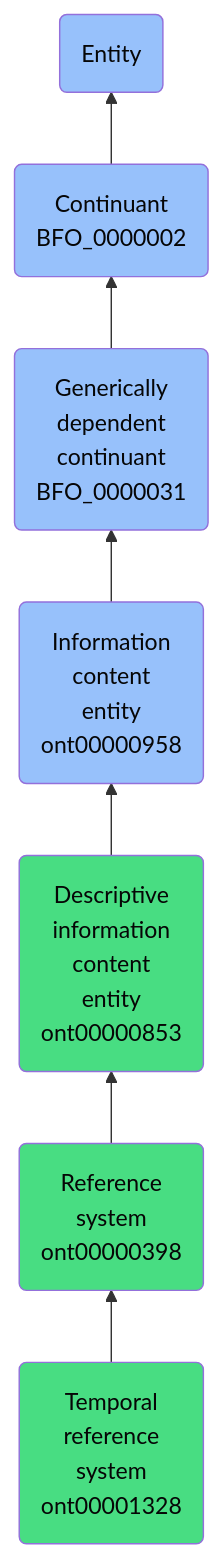
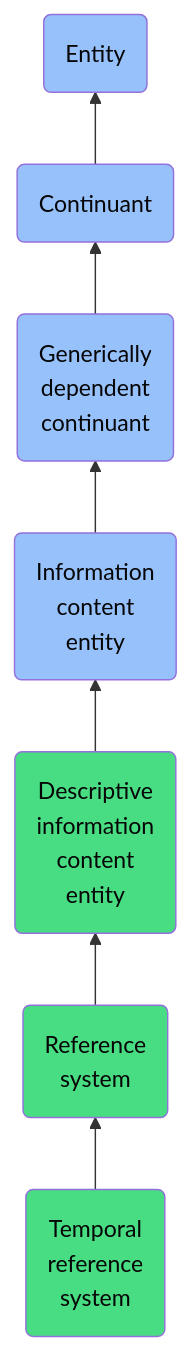
One commit to jupyter-naas/abi changed the diagram in docs/ontology/reference/model/Entity/Continuant/Generically dependent continuant/Information content entity/Descriptive information content entity/Reference system/Temporal reference system/Temporal reference system.md. Above: the diagram before and after it, drawn with Mermaid. The commit also changed other lines of this file and 1430 other files, not shown here.

````diff
--- a/docs/ontology/reference/model/Entity/Continuant/Generically dependent continuant/Information content entity/Descriptive information content entity/Reference system/Temporal reference system/Temporal reference system.md
+++ b/docs/ontology/reference/model/Entity/Continuant/Generically dependent continuant/Information content entity/Descriptive information content entity/Reference system/Temporal reference system/Temporal reference system.md
@@ -25,14 +25,14 @@
 ```mermaid
 graph BT
-    ont00001328(Temporal<br>reference<br>system<br>ont00001328):::ABI-->ont00000398
-    ont00000398(Reference<br>system<br>ont00000398):::ABI-->ont00000853
-    ont00000853(Descriptive<br>information<br>content<br>entity<br>ont00000853):::ABI-->ont00000958
-    ont00000958(Information<br>content<br>entity<br>ont00000958):::BFO-->BFO_0000031
-    BFO_0000031(Generically<br>dependent<br>continuant<br>BFO_0000031):::BFO-->BFO_0000002
-    BFO_0000002(Continuant<br>BFO_0000002):::BFO-->BFO_0000001
+    ont00001328(Temporal<br>reference<br>system):::ABI-->ont00000398
+    ont00000398(Reference<br>system):::ABI-->ont00000853
+    ont00000853(Descriptive<br>information<br>content<br>entity):::ABI-->ont00000958
+    ont00000958(Information<br>content<br>entity):::BFO-->BFO_0000031
+    BFO_0000031(Generically<br>dependent<br>continuant):::BFO-->BFO_0000002
+    BFO_0000002(Continuant):::BFO-->BFO_0000001
     BFO_0000001(Entity):::BFO
     
     classDef BFO fill:#97c1fb,color:#060606
     classDef CCO fill:#e4c51e,color:#060606
     classDef ABI fill:#48DD82,color:#060606
 ```
````
